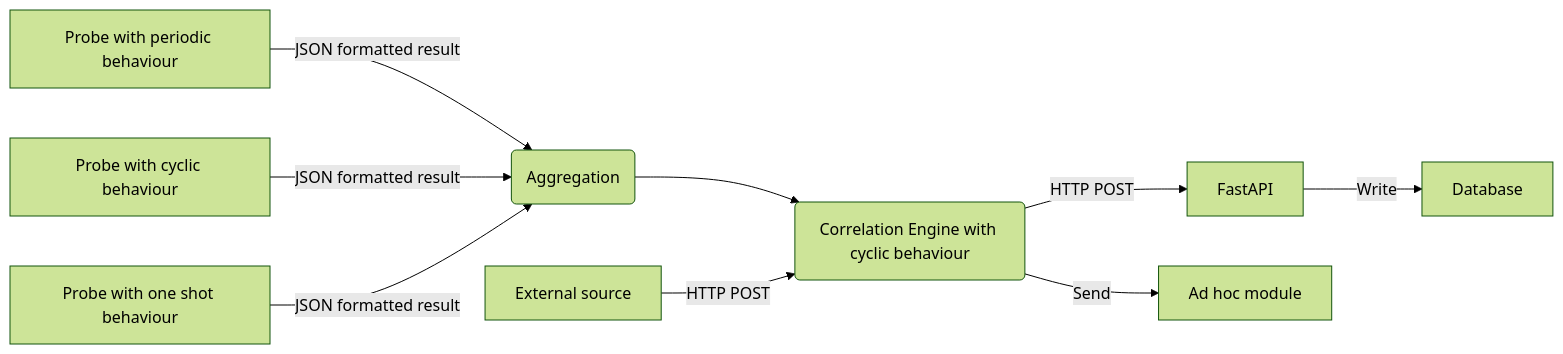
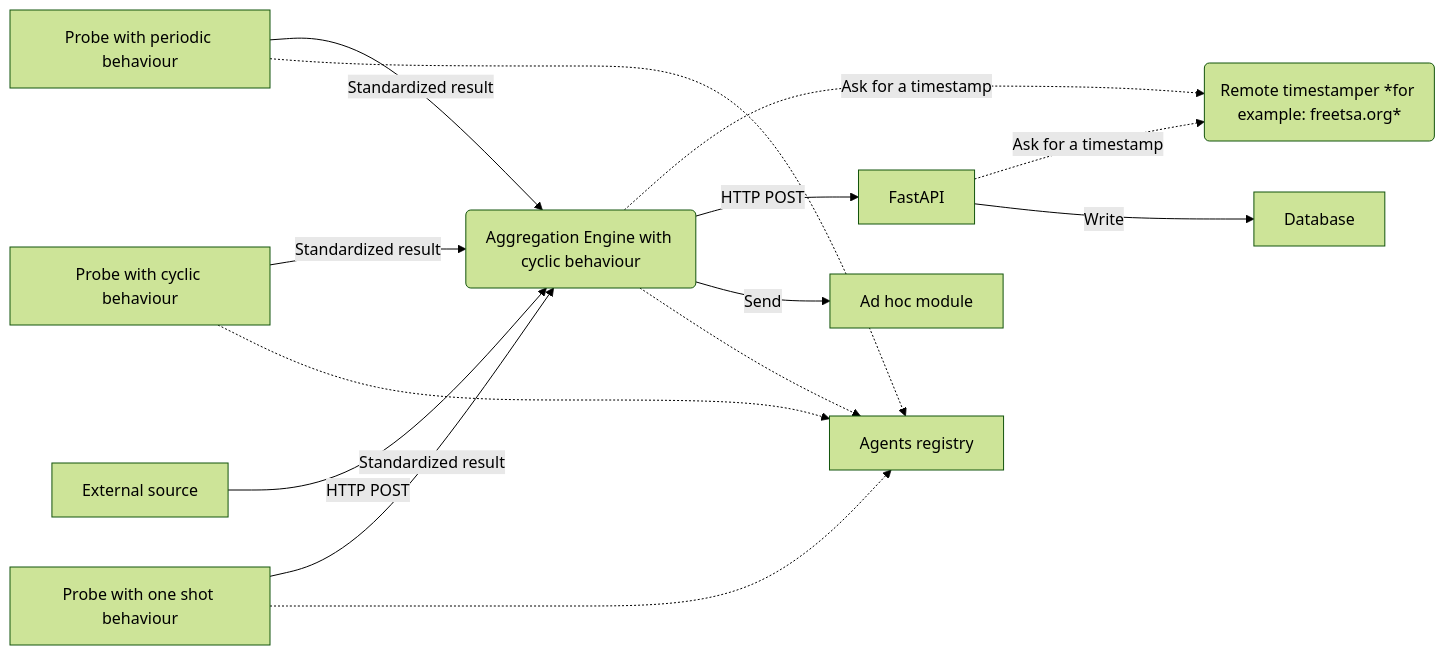
The diagram in README.md (scandale-project/scandale), drawn with Mermaid (forest theme) before and after one commit. The commit also changed 2 other files, not shown here.

Commit message:
chg: [documentation] Updated README.

````diff
--- a/README.md
+++ b/README.md
@@ -23,12 +23,20 @@
 ```mermaid
 flowchart LR
 
-A[Probe with periodic behaviour] -->|JSON formatted result| B(Aggregation)
-AA[Probe with cyclic behaviour] -->|JSON formatted result| B
-AAA[Probe with one shot behaviour] -->|JSON formatted result| B
-B --> C(Correlation Engine with cyclic behaviour)
-C -->|HTTP POST| D[FastAPI]
-C -->|Send| E[Ad hoc module]
-F[External source] -->|HTTP POST| C
-D -->|Write| G[Database]
+P[Probe with periodic behaviour] -->|Standardized result| A(Aggregation Engine with cyclic behaviour)
+P1[Probe with cyclic behaviour] -->|Standardized result| A
+P2[Probe with one shot behaviour] -->|Standardized result| A
+E[External source] -->|HTTP POST| A
+
+A -.->|Ask for a timestamp| RTS(Remote timestamper *for example: freetsa.org*)
+
+A -->|HTTP POST| B[FastAPI]
+A -->|Send| M[Ad hoc module]
+B -.->|Ask for a timestamp| RTS
+B -->|Write| G[Database]
+
+P -.-> H[Agents registry]
+P1 -.-> H
+P2 -.-> H
+A -.-> H
 ```
````
